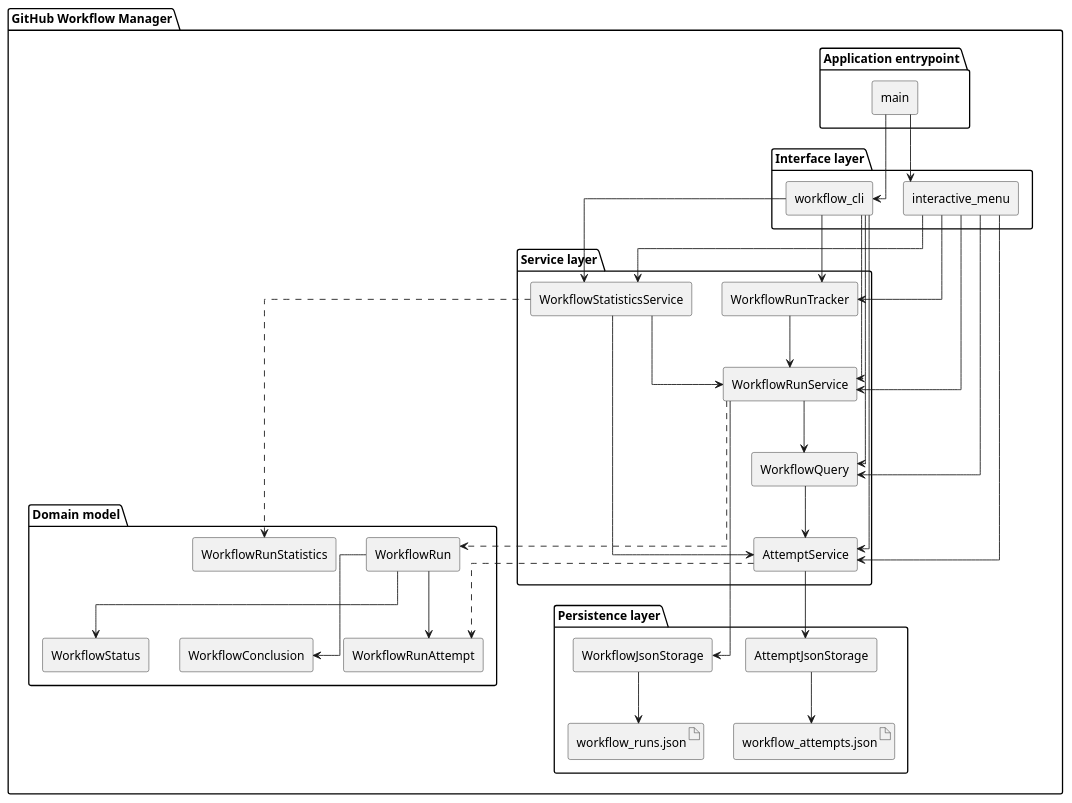
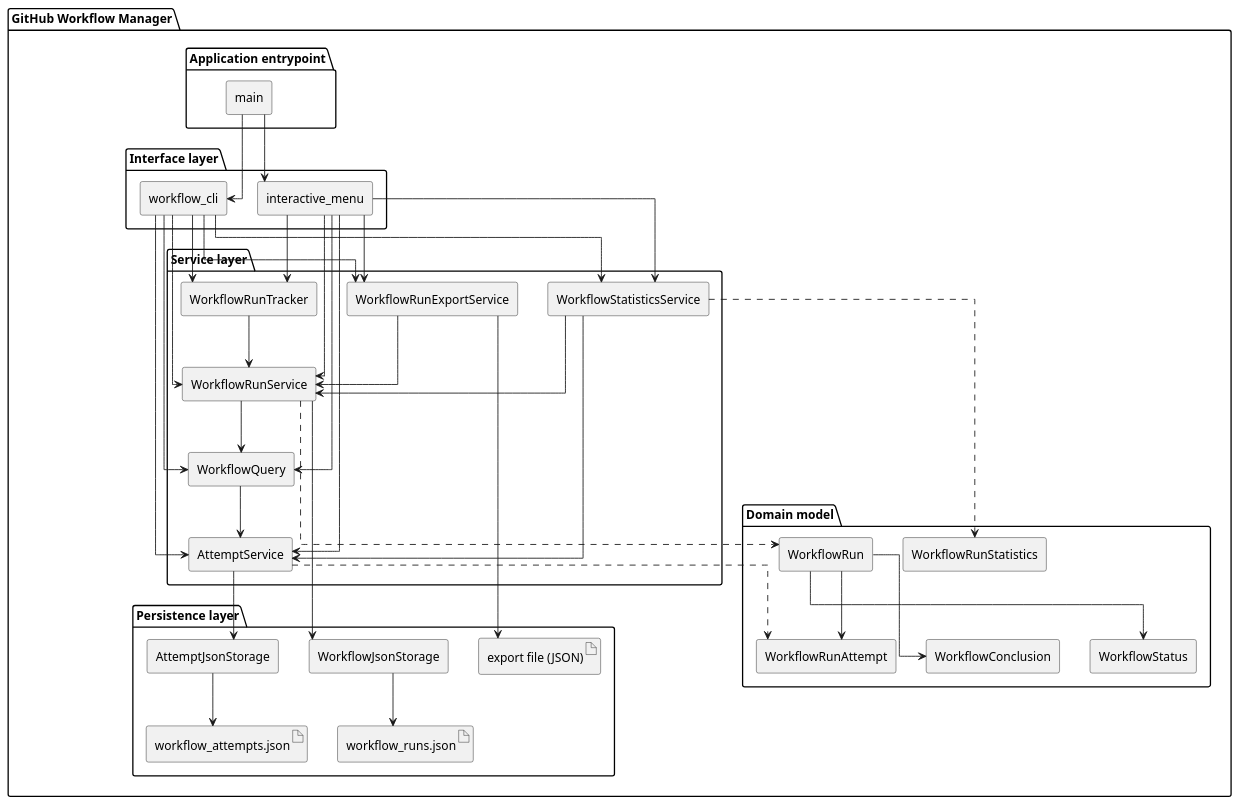
Before and after one commit to DanielRiha8906/Software_autoevolution_using_agents: the diagram in experiments/broadcast/user_stories/github-workflow-manager/artifacts/component_diagram.puml, drawn with PlantUML. The commit also changed 7 other files, not shown here.

```diff
--- a/experiments/broadcast/user_stories/github-workflow-manager/artifacts/component_diagram.puml
+++ b/experiments/broadcast/user_stories/github-workflow-manager/artifacts/component_diagram.puml
@@ -1,76 +1,82 @@
 @startuml component_diagram
 
 skinparam componentStyle rectangle
 skinparam linetype ortho
 top to bottom direction
 
 package "GitHub Workflow Manager" {
 
   package "Application entrypoint" {
     component "main" as MAIN
   }
 
   package "Interface layer" {
     component "workflow_cli" as CLI
     component "interactive_menu" as IM
   }
 
   package "Service layer" {
     component "WorkflowRunTracker" as TRACKER
     component "WorkflowRunService" as SVC
     component "WorkflowQuery" as QUERY
     component "AttemptService" as ASVC
     component "WorkflowStatisticsService" as STATS
+    component "WorkflowRunExportService" as EXPORT
   }
 
   package "Persistence layer" {
     component "WorkflowJsonStorage" as STOR
     component "AttemptJsonStorage" as ASTOR
     artifact "workflow_runs.json" as JSON_FILE
     artifact "workflow_attempts.json" as ATTEMPT_FILE
+    artifact "export file (JSON)" as EXPORT_FILE
   }
 
   package "Domain model" {
     component "WorkflowRun" as RUN
     component "WorkflowRunAttempt" as ATTEMPT
     component "WorkflowStatus" as STATUS
     component "WorkflowConclusion" as CONCLUSION
     component "WorkflowRunStatistics" as STATS_MODEL
   }
 }
 
 MAIN --> CLI
 MAIN --> IM
 
 CLI --> TRACKER
 CLI --> ASVC
 CLI --> QUERY
 CLI --> STATS
+CLI --> EXPORT
 IM --> TRACKER
 IM --> ASVC
 IM --> QUERY
 IM --> STATS
+IM --> EXPORT
 
 CLI --> SVC
 IM --> SVC
 
 QUERY --> ASVC
 SVC --> QUERY
 
 TRACKER --> SVC
 SVC --> STOR
 STOR --> JSON_FILE
 
 ASVC --> ASTOR
 ASTOR --> ATTEMPT_FILE
 
 SVC ..> RUN
 ASVC ..> ATTEMPT
 STATS --> SVC
 STATS --> ASVC
 STATS ..> STATS_MODEL
+EXPORT --> SVC
+EXPORT --> EXPORT_FILE
 RUN --> ATTEMPT
 RUN --> STATUS
 RUN --> CONCLUSION
 
 @enduml
```
